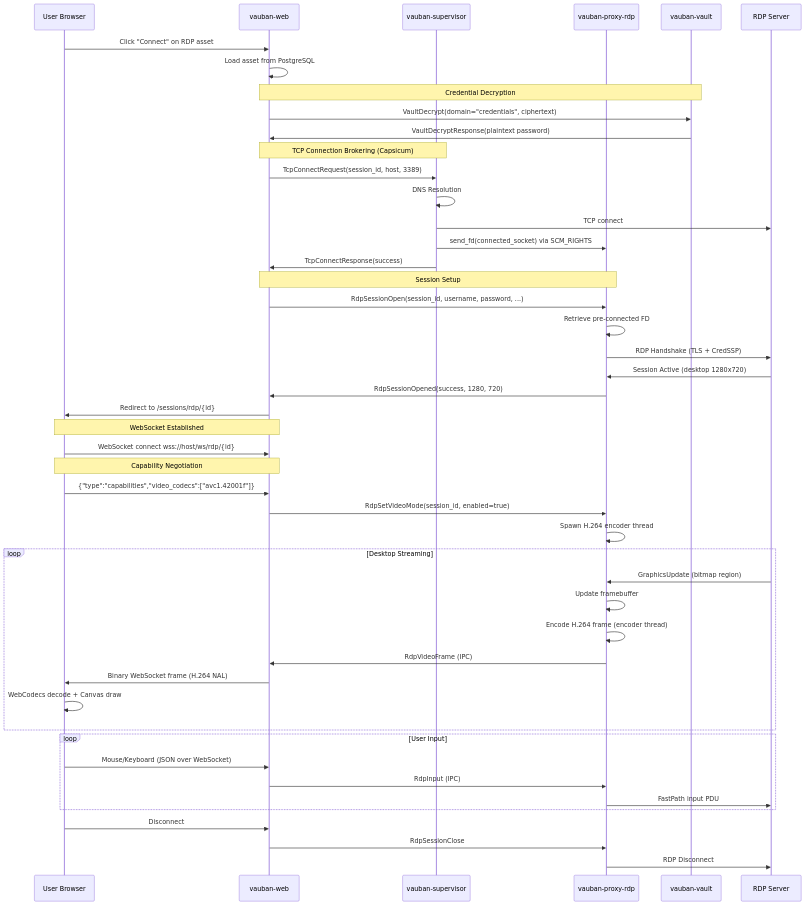
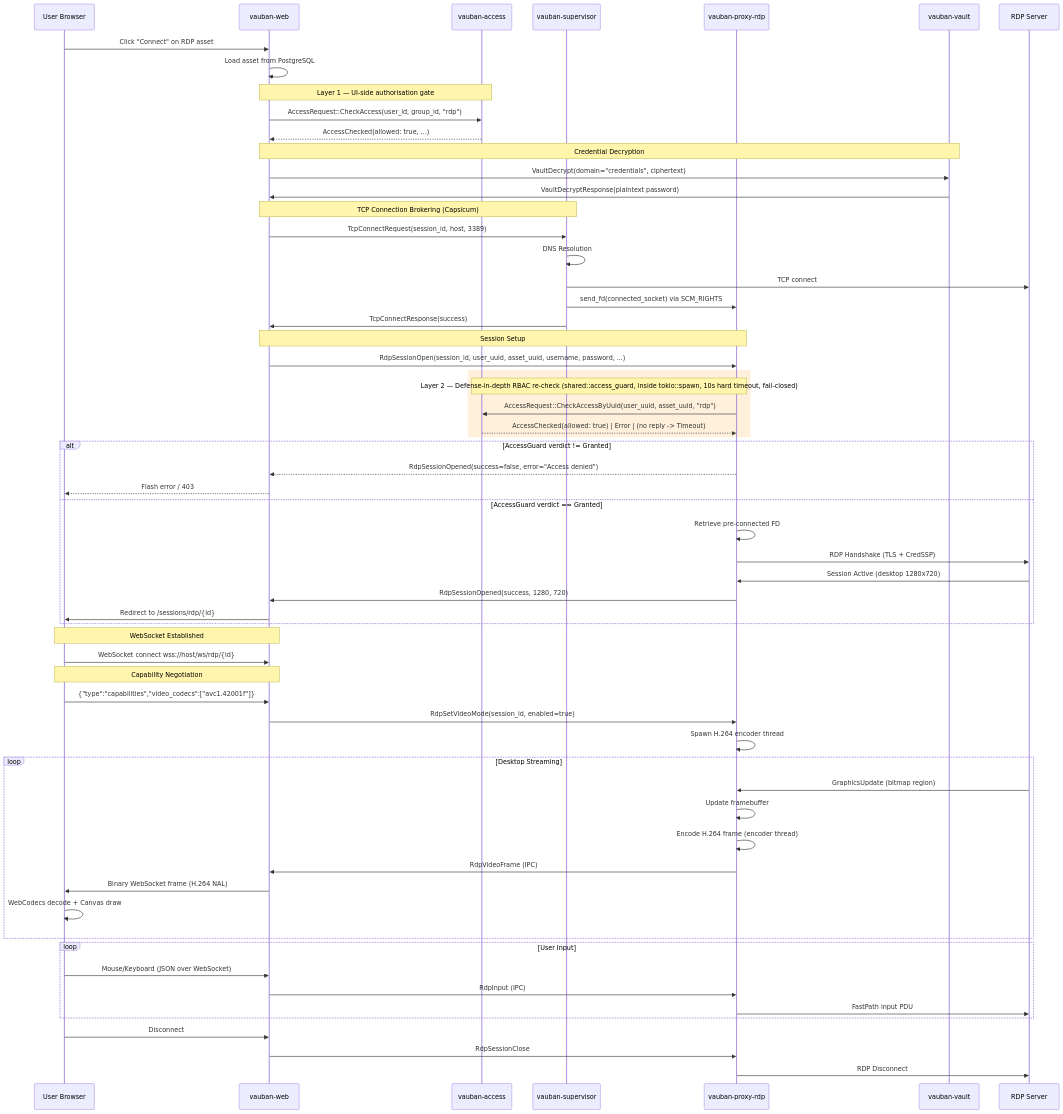
One commit to rbenaley/Vauban changed the fourth of 14 diagrams in docs/technical/Vauban_RDP_Architecture_EN(1.0).md. Above: the diagram before and after it, drawn with Mermaid. The commit also changed other lines of this file and 4 other files, not shown here.

````diff
--- a/docs/technical/Vauban_RDP_Architecture_EN(1.0).md
+++ b/docs/technical/Vauban_RDP_Architecture_EN(1.0).md
@@ -200,58 +218,75 @@
 ```mermaid
 sequenceDiagram
     participant U as User Browser
     participant W as vauban-web
+    participant AC as vauban-access
     participant S as vauban-supervisor
     participant P as vauban-proxy-rdp
     participant V as vauban-vault
     participant T as RDP Server
 
     U->>W: Click "Connect" on RDP asset
     W->>W: Load asset from PostgreSQL
+
+    Note over W,AC: Layer 1 — UI-side authorisation gate
+    W->>AC: AccessRequest::CheckAccess(user_id, group_id, "rdp")
+    AC-->>W: AccessChecked(allowed: true, ...)
 
     Note over W,V: Credential Decryption
     W->>V: VaultDecrypt(domain="credentials", ciphertext)
     V->>W: VaultDecryptResponse(plaintext password)
 
     Note over W,S: TCP Connection Brokering (Capsicum)
     W->>S: TcpConnectRequest(session_id, host, 3389)
     S->>S: DNS Resolution
     S->>T: TCP connect
     S->>P: send_fd(connected_socket) via SCM_RIGHTS
     S->>W: TcpConnectResponse(success)
 
     Note over W,P: Session Setup
-    W->>P: RdpSessionOpen(session_id, username, password, ...)
-    P->>P: Retrieve pre-connected FD
-    P->>T: RDP Handshake (TLS + CredSSP)
-    T->>P: Session Active (desktop 1280x720)
-    P->>W: RdpSessionOpened(success, 1280, 720)
-    W->>U: Redirect to /sessions/rdp/{id}
+    W->>P: RdpSessionOpen(session_id, user_uuid, asset_uuid, username, password, ...)
+
+    rect rgb(255, 240, 220)
+    Note over P,AC: Layer 2 — Defense-in-depth RBAC re-check (shared::access_guard, inside tokio::spawn, 10s hard timeout, fail-closed)
+    P->>AC: AccessRequest::CheckAccessByUuid(user_uuid, asset_uuid, "rdp")
+    AC-->>P: AccessChecked(allowed: true) | Error | (no reply -> Timeout)
+    end
+
+    alt AccessGuard verdict != Granted
+        P-->>W: RdpSessionOpened(success=false, error="Access denied")
+        W-->>U: Flash error / 403
+    else AccessGuard verdict == Granted
+        P->>P: Retrieve pre-connected FD
+        P->>T: RDP Handshake (TLS + CredSSP)
+        T->>P: Session Active (desktop 1280x720)
+        P->>W: RdpSessionOpened(success, 1280, 720)
+        W->>U: Redirect to /sessions/rdp/{id}
+    end
 
     Note over U,W: WebSocket Established
     U->>W: WebSocket connect wss://host/ws/rdp/{id}
 
     Note over U,W: Capability Negotiation
     U->>W: {"type":"capabilities","video_codecs":["avc1.42001f"]}
     W->>P: RdpSetVideoMode(session_id, enabled=true)
     P->>P: Spawn H.264 encoder thread
 
     loop Desktop Streaming
         T->>P: GraphicsUpdate (bitmap region)
         P->>P: Update framebuffer
         P->>P: Encode H.264 frame (encoder thread)
         P->>W: RdpVideoFrame (IPC)
         W->>U: Binary WebSocket frame (H.264 NAL)
         U->>U: WebCodecs decode + Canvas draw
     end
 
     loop User Input
         U->>W: Mouse/Keyboard (JSON over WebSocket)
         W->>P: RdpInput (IPC)
         P->>T: FastPath input PDU
     end
 
     U->>W: Disconnect
     W->>P: RdpSessionClose
     P->>T: RDP Disconnect
 ```
````
